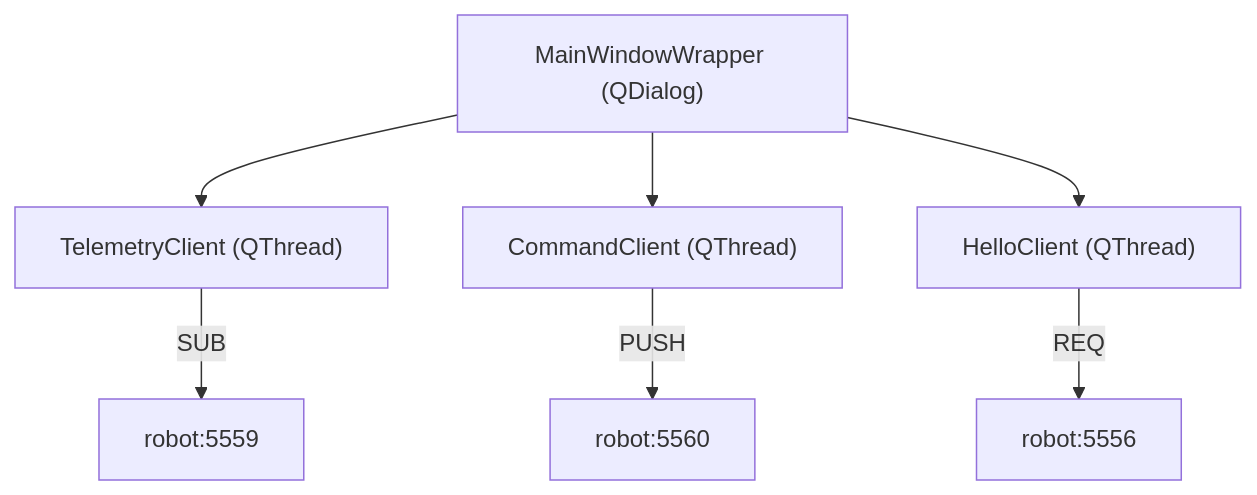
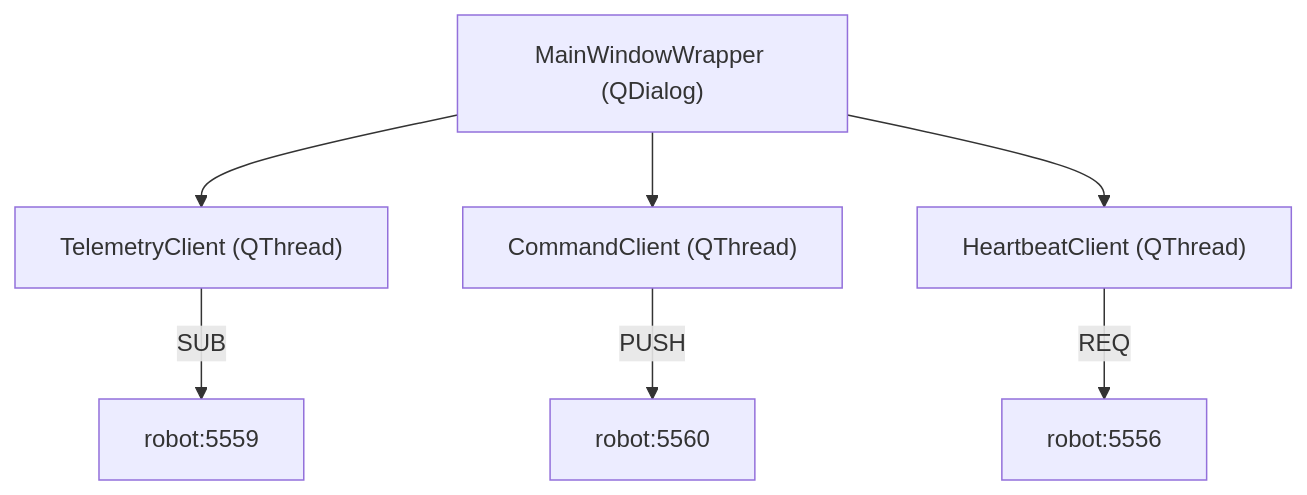
One commit to KrystianMarek/rpi_lego_robot changed the second of 2 diagrams in doc/development/project-structure.md. Above: the diagram before and after it, drawn with Mermaid. The commit also changed other lines of this file and 4 other files, not shown here.

````diff
--- a/doc/development/project-structure.md
+++ b/doc/development/project-structure.md
@@ -154,13 +162,13 @@
 ```mermaid
 flowchart TB
     MW["MainWindowWrapper (QDialog)"]
 
     MW --> TC["TelemetryClient (QThread)"]
     TC -->|"SUB"| ROBOT1["robot:5559"]
 
     MW --> CC["CommandClient (QThread)"]
     CC -->|"PUSH"| ROBOT2["robot:5560"]
 
-    MW --> HC["HelloClient (QThread)"]
+    MW --> HC["HeartbeatClient (QThread)"]
     HC -->|"REQ"| ROBOT3["robot:5556"]
 ```
````
